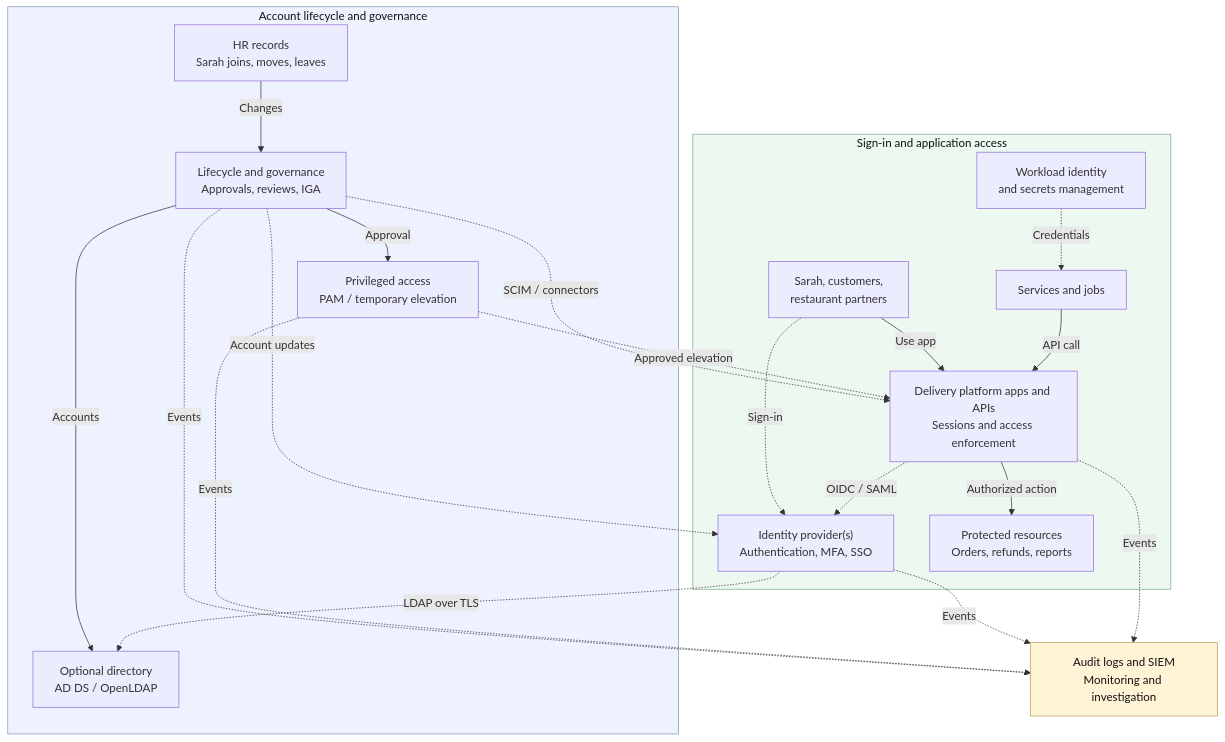
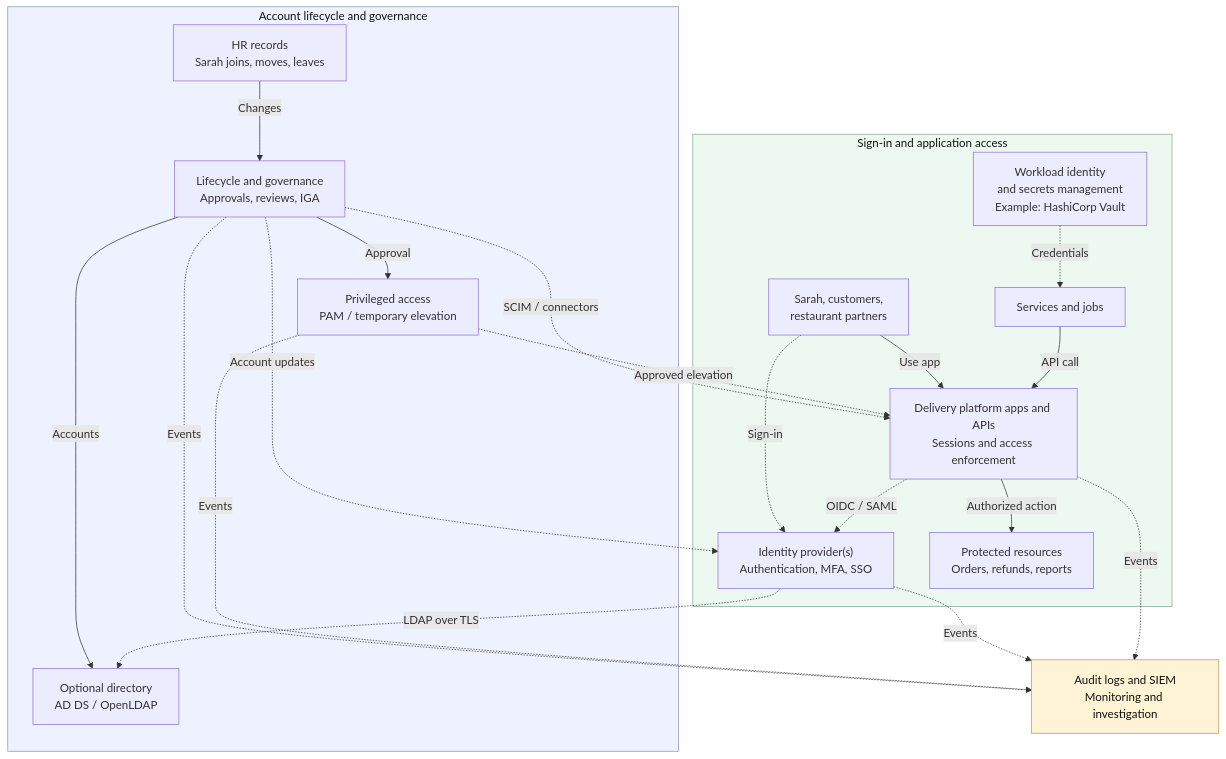
The diagram in System-Design/Identity-and-Access-Management.md (GasimV/Self-Study-Tech-Projects), drawn with Mermaid before and after one commit. The commit also changed other lines of this file, not shown here.

Commit message:
docs: Add example of Vault supplying database credentials and enhance IAM documentation

````diff
--- a/System-Design/Identity-and-Access-Management.md
+++ b/System-Design/Identity-and-Access-Management.md
@@ -79,44 +80,44 @@
 ```mermaid
 flowchart TB
     subgraph LIFE["Account lifecycle and governance"]
         HR["HR records<br/>Sarah joins, moves, leaves"]
         GOV["Lifecycle and governance<br/>Approvals, reviews, IGA"]
         DIR["Optional directory<br/>AD DS / OpenLDAP"]
         PAM["Privileged access<br/>PAM / temporary elevation"]
 
         HR -->|Changes| GOV
         GOV -->|Accounts| DIR
         GOV -->|Approval| PAM
     end
 
     subgraph ACCESS["Sign-in and application access"]
         PEOPLE["Sarah, customers,<br/>restaurant partners"]
         IDP["Identity provider(s)<br/>Authentication, MFA, SSO"]
         APP["Delivery platform apps and APIs<br/>Sessions and access enforcement"]
         DATA["Protected resources<br/>Orders, refunds, reports"]
         WORK["Services and jobs"]
-        CREDS["Workload identity<br/>and secrets management"]
+        CREDS["Workload identity<br/>and secrets management<br/>Example: HashiCorp Vault"]
 
         PEOPLE -->|Use app| APP
         PEOPLE -.->|Sign-in| IDP
         APP -.->|OIDC / SAML| IDP
         IDP -.->|LDAP over TLS| DIR
         APP -->|Authorized action| DATA
         CREDS -.->|Credentials| WORK
         WORK -->|API call| APP
     end
 
     GOV -.->|Account updates| IDP
     GOV -.->|SCIM / connectors| APP
     PAM -.->|Approved elevation| APP
 
     AUDIT["Audit logs and SIEM<br/>Monitoring and investigation"]
     IDP -.->|Events| AUDIT
     APP -.->|Events| AUDIT
     GOV -.->|Events| AUDIT
     PAM -.->|Events| AUDIT
 
     style LIFE fill:#eef2ff,stroke:#8795b5,color:#111
     style ACCESS fill:#ecf8f0,stroke:#80a98d,color:#111
     style AUDIT fill:#fff3d6,stroke:#b69b58,color:#111
 ```
````
